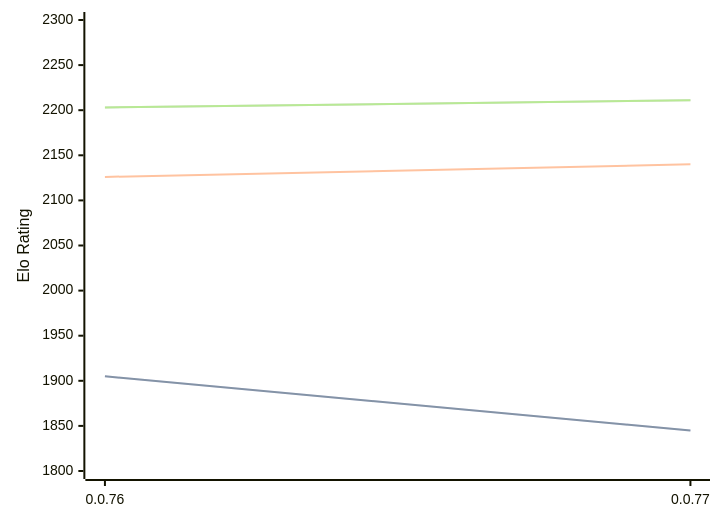
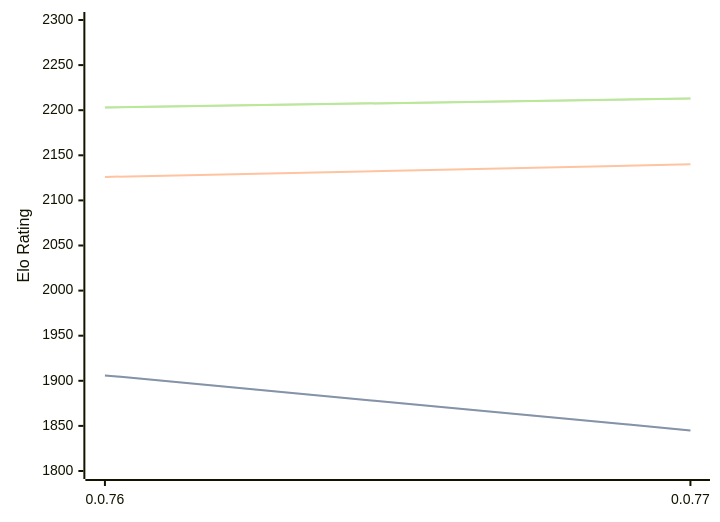
Before and after one commit to computer-chess-index/cci: the first of 3 diagrams in engines/Fktb.md, drawn with Mermaid. The commit also changed other lines of this file, not shown here.

Commit message:
Update CCI Ratings (ELO VLTC) - 2026-07-02

````diff
--- a/engines/Fktb.md
+++ b/engines/Fktb.md
@@ -32,11 +32,11 @@
 ```mermaid
 %%{init: {"theme":"base","themeVariables":{"seriesColors:['#a3a3a3','#222221','#faa371']}}}%%
 xychart-beta
   x-axis ["0.0.76", "0.0.77"]
   y-axis "Elo Rating" 1800 --> 2300
-  line "STC (8.0+0.08s)" [1905, 1845]
-  line "STC (8.0+0.08s)" [1905, 1845]
+  line "STC (8.0+0.08s)" [1906, 1845]
+  line "STC (8.0+0.08s)" [1906, 1845]
   line "LTC (60.0+0.60s)" [2126, 2140]
-  line "VLTC (2m24s+1.12s)" [2203, 2211]
-  line "VLTC (2m24s+1.12s)" [2203, 2211]
+  line "VLTC (2m24s+1.12s)" [2203, 2213]
+  line "VLTC (2m24s+1.12s)" [2203, 2213]
 ```
````
